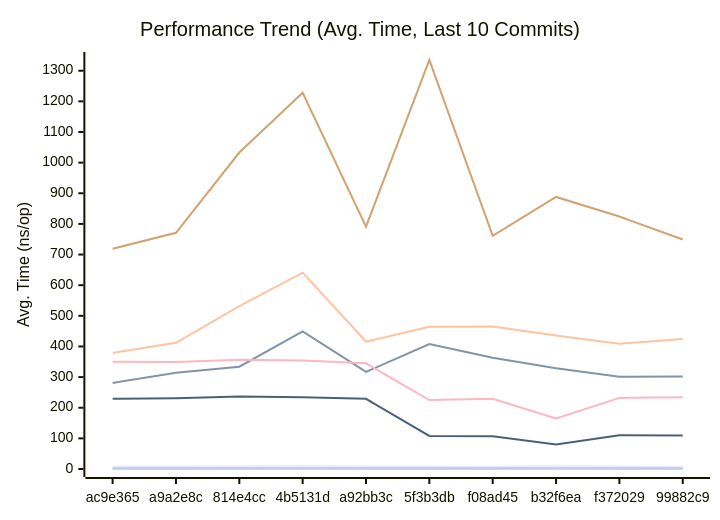
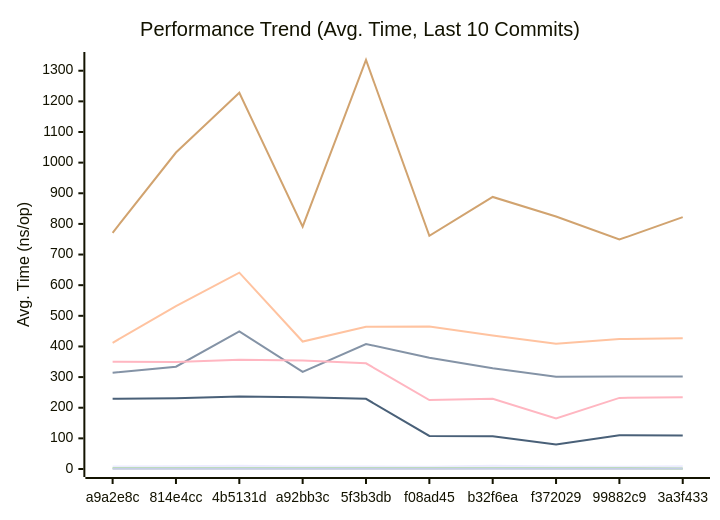
Before and after one commit to alsotoes/momo: the first of 3 diagrams in docs/PERFORMANCE.md, drawn with Mermaid. The commit also changed other lines of this file and 3 other files, not shown here.

````diff
--- a/docs/PERFORMANCE.md
+++ b/docs/PERFORMANCE.md
@@ -80,16 +80,16 @@
 ```mermaid
 xychart-beta
     title "Performance Trend (Avg. Time, Last 10 Commits)"
     x-axis "Commit"
     y-axis "Avg. Time (ns/op)"
-    x-axis [ac9e365,a9a2e8c,814e4cc,4b5131d,a92bb3c,5f3b3db,f08ad45,b32f6ea,f372029,99882c9]
-    line "CheckMetricsAndSwap" [8,8,9,11,8,8,7,11,8,7]
-    line "CrushOptimized" [281,314,334,449,317,408,363,329,301,302]
-    line "CrushOriginal" [379,412,532,641,416,464,465,436,409,424]
-    line "IndexDirectTracking" [0,0,0,0,0,0,0,1,0,0]
-    line "IndexSearch" [3,3,3,3,3,3,3,3,3,3]
-    line "LoadGlobalConfig" [719,771,1033,1228,791,1335,761,888,824,749]
+    x-axis [a9a2e8c,814e4cc,4b5131d,a92bb3c,5f3b3db,f08ad45,b32f6ea,f372029,99882c9,3a3f433]
+    line "CheckMetricsAndSwap" [8,9,11,8,8,7,11,8,7,9]
+    line "CrushOptimized" [314,334,449,317,408,363,329,301,302,302]
+    line "CrushOriginal" [412,532,641,416,464,465,436,409,424,427]
+    line "IndexDirectTracking" [0,0,0,0,0,0,1,0,0,0]
+    line "IndexSearch" [3,3,3,3,3,3,3,3,3,2]
+    line "LoadGlobalConfig" [771,1033,1228,791,1335,761,888,824,749,822]
     line "PadString" [2,2,2,2,2,2,2,2,2,2]
     line "ParseReplicationOrder_NoPrealloc" [350,349,357,354,345,225,229,165,232,234]
     line "ParseReplicationOrder_Prealloc" [229,231,237,234,229,108,107,80,110,109]
 ```
````
